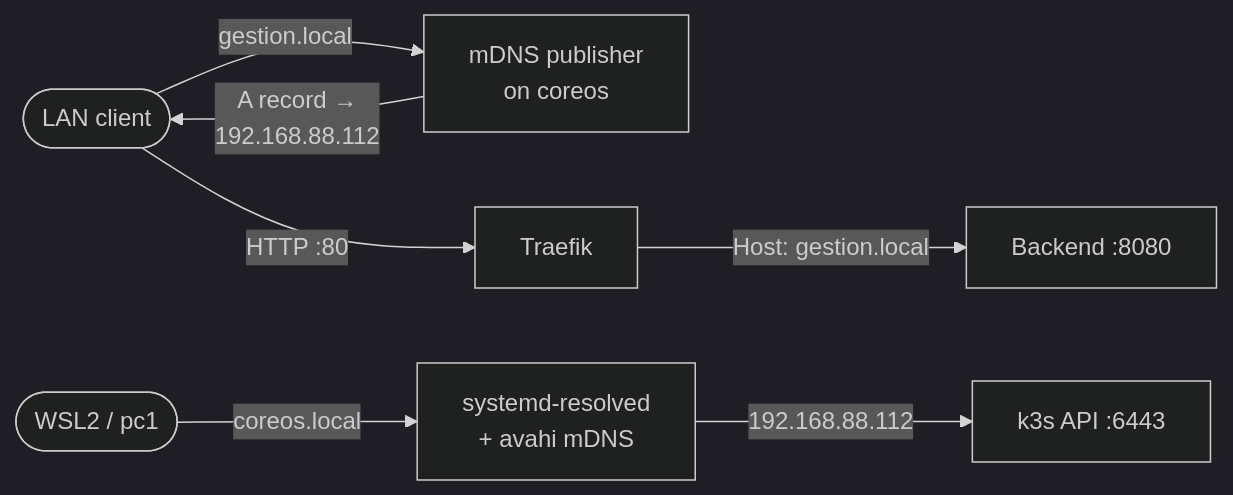
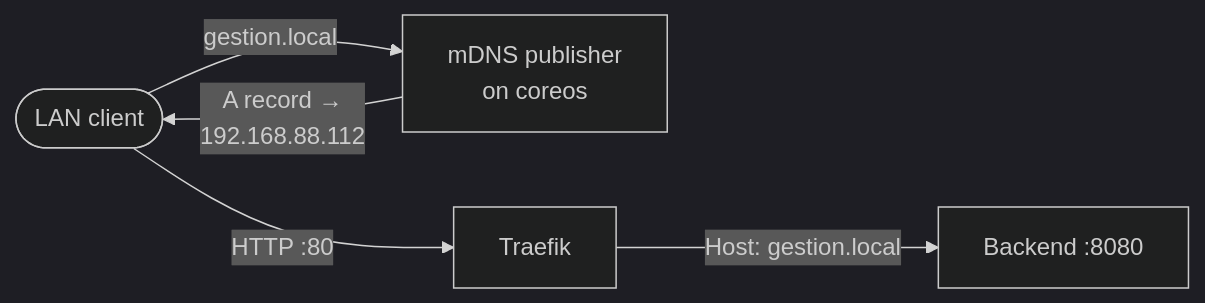
The second of 2 diagrams in infra/k8s/README.md (perezjoseph/Gestion-inmobiliaria), drawn with Mermaid (dark theme) before and after one commit. The commit also changed other lines of this file and 27 other files, not shown here.

````diff
--- a/infra/k8s/README.md
+++ b/infra/k8s/README.md
@@ -41,10 +35,7 @@
 ```mermaid
 flowchart LR
     client([LAN client]) -->|"gestion.local"| mdns_pub[mDNS publisher<br/>on coreos]
     mdns_pub -->|"A record →<br/>192.168.88.112"| client
     client -->|"HTTP :80"| traefik[Traefik]
     traefik -->|"Host: gestion.local"| backend[Backend :8080]
-
-    wsl([WSL2 / pc1]) -->|"coreos.local"| resolved[systemd-resolved<br/>+ avahi mDNS]
-    resolved -->|"192.168.88.112"| k3s_api[k3s API :6443]
 ```
````
